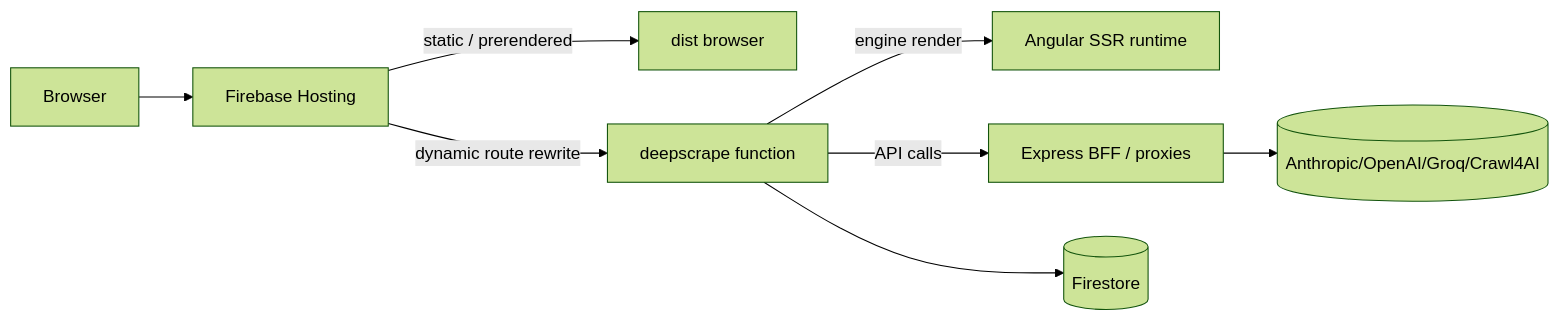
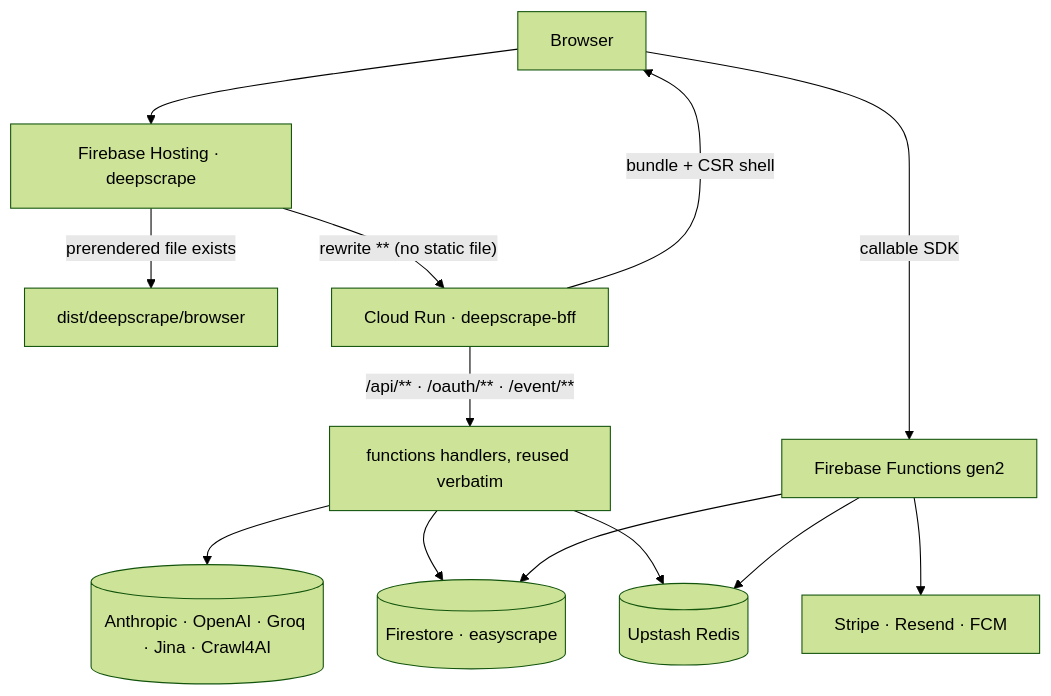
One commit to deepscrape/deepscrape changed the first of 2 diagrams in README.md. Above: the diagram before and after it, drawn with Mermaid (forest theme). The commit also changed other lines of this file and 1 other file, not shown here.

First line of the commit message:
docs(readme): document the BFF split, notifications and the current CI

````diff
--- a/README.md
+++ b/README.md
@@ -159,10 +208,15 @@
 ```mermaid
-flowchart LR
-  U[Browser] --> H[Firebase Hosting]
-  H -->|static / prerendered| F[dist browser]
-  H -->|dynamic route rewrite| FN[deepscrape function]
-  FN -->|engine render| E[Angular SSR runtime]
-  FN -->|API calls| BFF[Express BFF / proxies]
-  BFF --> AI[(Anthropic/OpenAI/Groq/Crawl4AI)]
-  FN --> DB[(Firestore)]
+flowchart TD
+  U[Browser] --> H[Firebase Hosting · deepscrape]
+  H -->|prerendered file exists| S[dist/deepscrape/browser]
+  H -->|"rewrite ** (no static file)"| B[Cloud Run · deepscrape-bff]
+  B -->|bundle + CSR shell| U
+  B -->|"/api/** · /oauth/** · /event/**"| HND[functions handlers, reused verbatim]
+  HND --> AI[(Anthropic · OpenAI · Groq · Jina · Crawl4AI)]
+  HND --> FS[(Firestore · easyscrape)]
+  HND --> RD[(Upstash Redis)]
+  U -->|callable SDK| FN[Firebase Functions gen2]
+  FN --> FS
+  FN --> RD
+  FN --> ST[Stripe · Resend · FCM]
 ```
````
